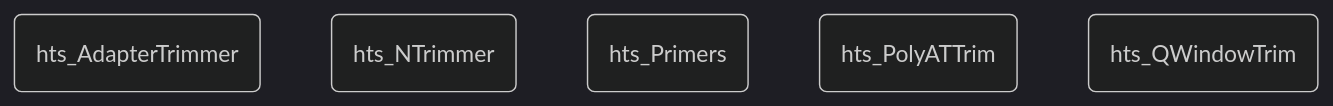
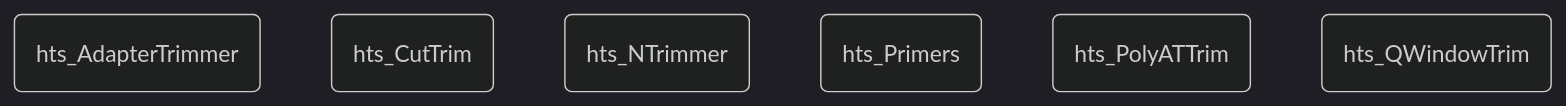
One commit to msettles/HTStream_documentation changed the third of 7 diagrams in workflows/index.md. Above: the diagram before and after it, drawn with Mermaid (dark theme). The commit also changed 14 other files, not shown here.

````diff
--- a/workflows/index.md
+++ b/workflows/index.md
@@ -33,14 +33,16 @@
 ```mermaid
 graph TD
     hts_AdapterTrimmer(hts_AdapterTrimmer)
+    hts_CutTrim(hts_CutTrim)
     hts_NTrimmer(hts_NTrimmer)
     hts_Primers(hts_Primers)
     hts_PolyATTrim(hts_PolyATTrim)
     hts_QWindowTrim(hts_QWindowTrim)
 
 click hts_AdapterTrimmer "../applications/hts_AdapterTrimmer.html" "hts_AdapterTrimmer documentation page."
+click hts_CutTrim "../applications/hts_CutTrim.html" "hts_CutTrim documentation page."
 click hts_NTrimmer "../applications/hts_NTrimmer.html" "hts_NTrimmer documentation page."
 click hts_Primers "../applications/hts_Primers.html" "hts_Primers documentation page."
 click hts_PolyATTrim "../applications/hts_PolyATTrim.html" "hts_PolyATTrim documentation page."
 click hts_QWindowTrim "../applications/hts_QWindowTrim.html" "hts_QWindowTrim documentation page."
 ```
````
